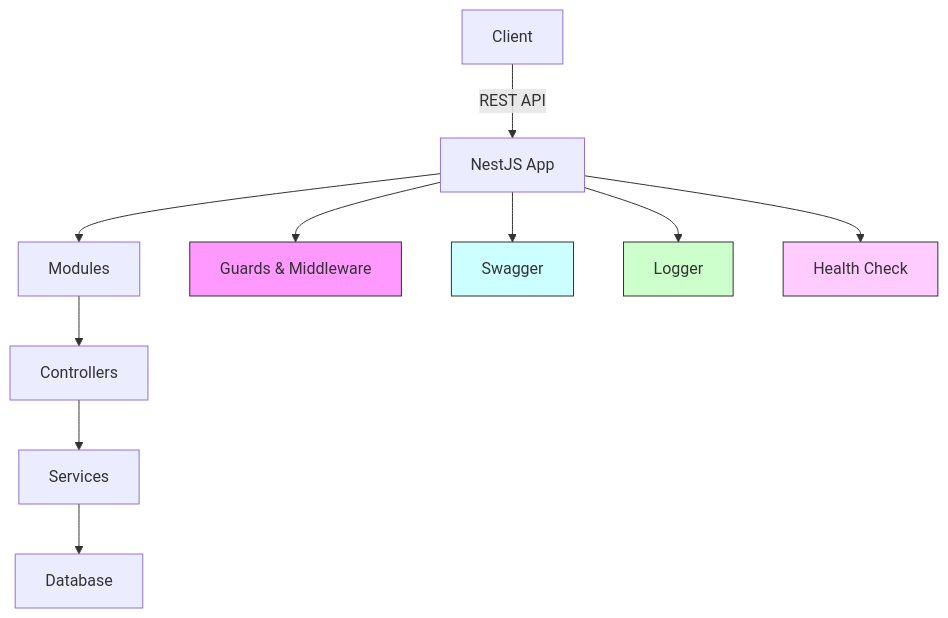
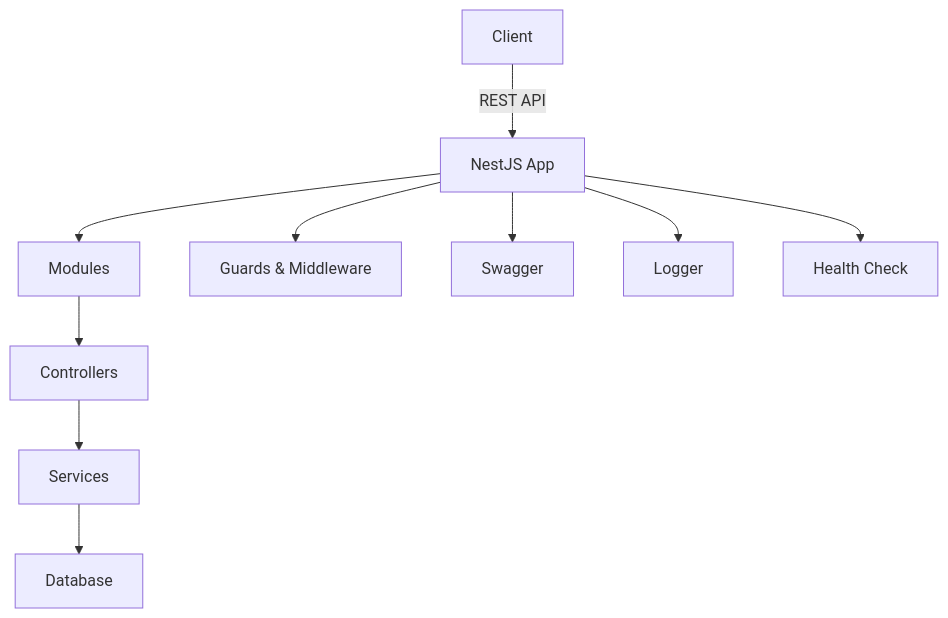
The diagram in README.md (Nhatnguyen150100/base-nest-boilerplate), drawn with Mermaid before and after one commit. The commit also changed other lines of this file, not shown here.

````diff
--- a/README.md
+++ b/README.md
@@ -23,19 +23,14 @@
 ```mermaid
 graph TD
   A[Client] -->|REST API| B[NestJS App]
 
   B --> C[Modules]
   C --> D[Controllers]
   D --> E[Services]
   E --> F[Database]
 
   B --> G[Guards & Middleware]
   B --> H[Swagger]
   B --> I[Logger]
   B --> J[Health Check]
-
-  style G fill:#f9f,stroke:#333,stroke-width:1px
-  style H fill:#cff,stroke:#333,stroke-width:1px
-  style I fill:#cfc,stroke:#333,stroke-width:1px
-  style J fill:#fcf,stroke:#333,stroke-width:1px
 ```
````
